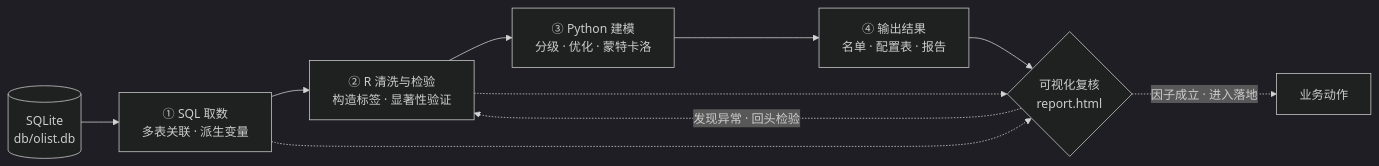
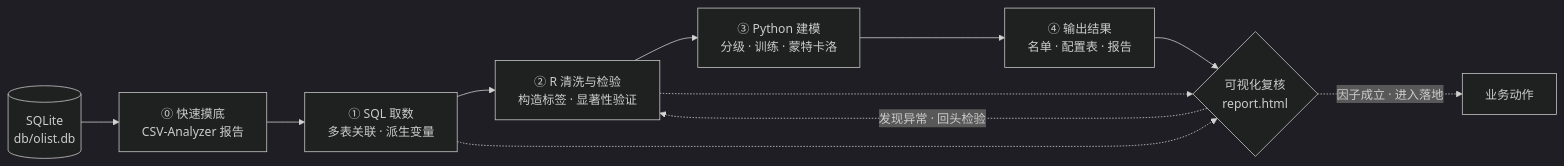
One commit to xiaolaoba618/olist-analyst changed the diagram in README.md. Above: the diagram before and after it, drawn with Mermaid (dark theme). The commit also changed other lines of this file, not shown here.

````diff
--- a/README.md
+++ b/README.md
@@ -62,13 +106,14 @@
 ```mermaid
 flowchart LR
-    DB[("SQLite<br/>db/olist.db")] --> SQL
+    DB[("SQLite<br/>db/olist.db")] --> DICT
+    DICT["⓪ 快速摸底<br/>CSV-Analyzer 报告"] --> SQL
     SQL["① SQL 取数<br/>多表关联 · 派生变量"] --> R
     R["② R 清洗与检验<br/>构造标签 · 显著性验证"] --> PY
-    PY["③ Python 建模<br/>分级 · 优化 · 蒙特卡洛"] --> OUT
+    PY["③ Python 建模<br/>分级 · 训练 · 蒙特卡洛"] --> OUT
     OUT["④ 输出结果<br/>名单 · 配置表 · 报告"] --> VIZ
     VIZ{"可视化复核<br/>report.html"}
     VIZ -.->|发现异常 · 回头检验| R
     VIZ -.->|因子成立 · 进入落地| ACT["业务动作"]
     SQL -.-> VIZ
     R -.-> VIZ
 ```
````
